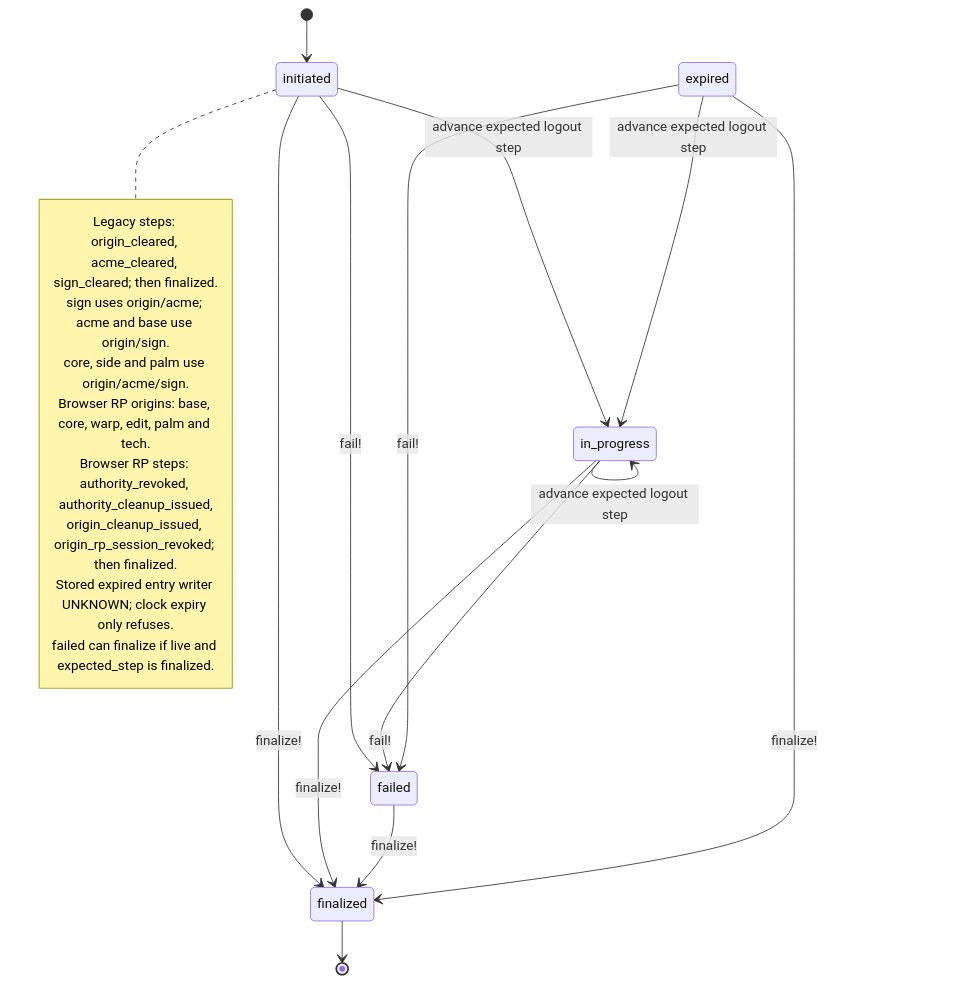
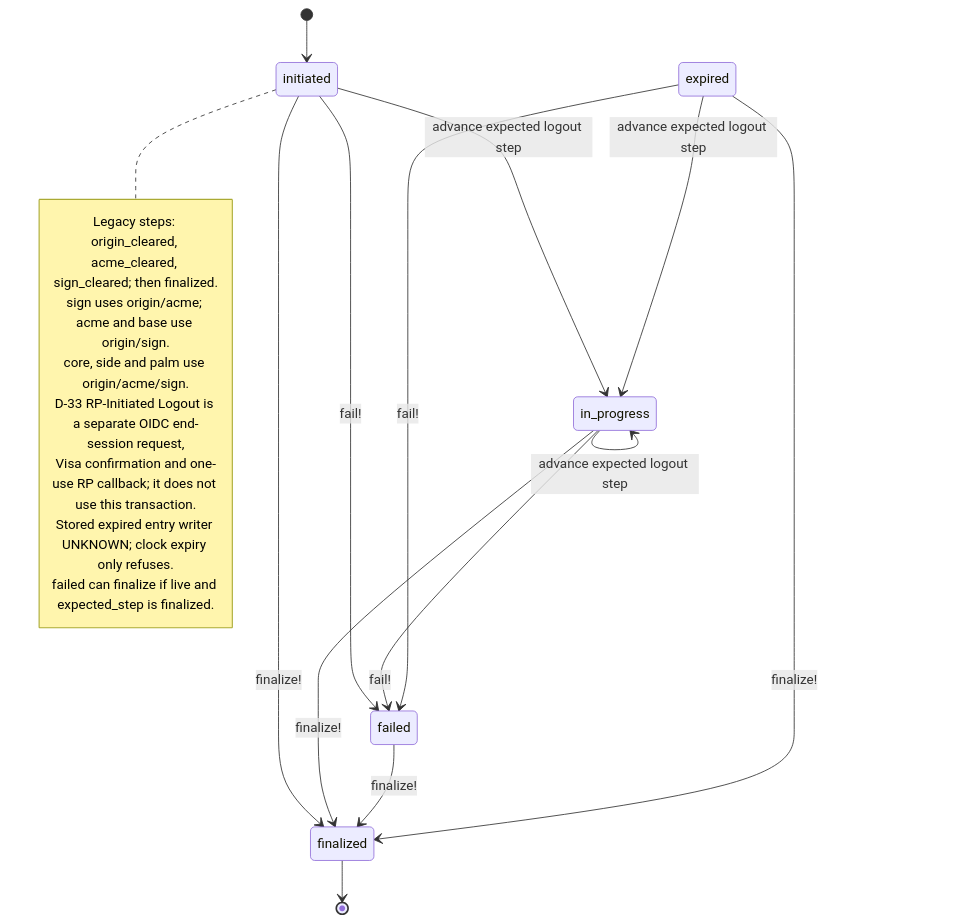
One commit to seahal/umaxica-apps-jit-global changed the diagram in docs/mermaid/idp-shared-acme-logout.mmd. Above: the diagram before and after it, drawn with Mermaid. The commit also changed 908 other files, not shown here.

```diff
--- a/docs/mermaid/idp-shared-acme-logout.mmd
+++ b/docs/mermaid/idp-shared-acme-logout.mmd
@@ -1,29 +1,28 @@
 stateDiagram-v2
     %% CURRENT implementation; sources and guards in transition inventory.
     state "initiated" as initiated
     state "in_progress" as in_progress
     state "finalized" as finalized
     state "failed" as failed
     state "expired" as expired
     [*] --> initiated
     initiated --> in_progress: advance expected logout step
     in_progress --> in_progress: advance expected logout step
     expired --> in_progress: advance expected logout step
     initiated --> finalized: finalize!
     in_progress --> finalized: finalize!
     failed --> finalized: finalize!
     expired --> finalized: finalize!
     initiated --> failed: fail!
     in_progress --> failed: fail!
     expired --> failed: fail!
     finalized --> [*]
     note right of initiated
         Legacy steps: origin_cleared, acme_cleared, sign_cleared; then finalized.
         sign uses origin/acme; acme and base use origin/sign.
         core, side and palm use origin/acme/sign.
-        Browser RP origins: base, core, warp, edit, palm and tech.
-        Browser RP steps: authority_revoked, authority_cleanup_issued,
-        origin_cleanup_issued, origin_rp_session_revoked; then finalized.
+        D-33 RP-Initiated Logout is a separate OIDC end-session request,
+        Visa confirmation and one-use RP callback; it does not use this transaction.
         Stored expired entry writer UNKNOWN; clock expiry only refuses.
         failed can finalize if live and expected_step is finalized.
     end note
```
